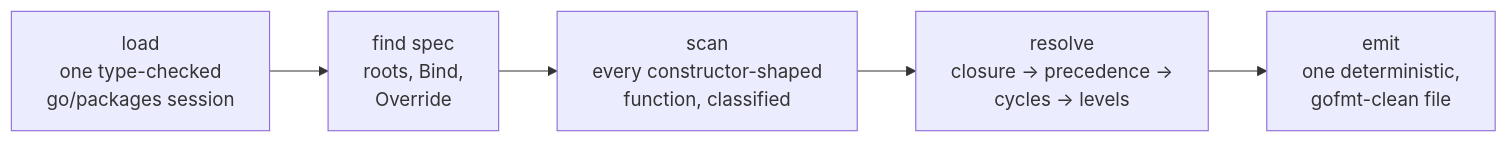
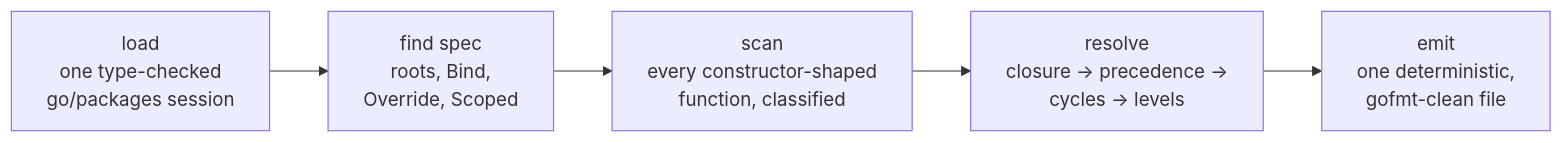
One commit to okian/servo changed the first of 2 diagrams in docs/index.md. Above: the diagram before and after it, drawn with Mermaid. The commit also changed 116 other files, not shown here.

````diff
--- a/docs/index.md
+++ b/docs/index.md
@@ -7,10 +7,10 @@
 ```mermaid
 flowchart LR
     L["load<br/>one type-checked<br/>go/packages session"]
-    F["find spec<br/>roots, Bind,<br/>Override"]
+    F["find spec<br/>roots, Bind,<br/>Override, Scoped"]
     S["scan<br/>every constructor-shaped<br/>function, classified"]
     R["resolve<br/>closure → precedence →<br/>cycles → levels"]
     E["emit<br/>one deterministic,<br/>gofmt-clean file"]
 
     L --> F --> S --> R --> E
 ```
````
